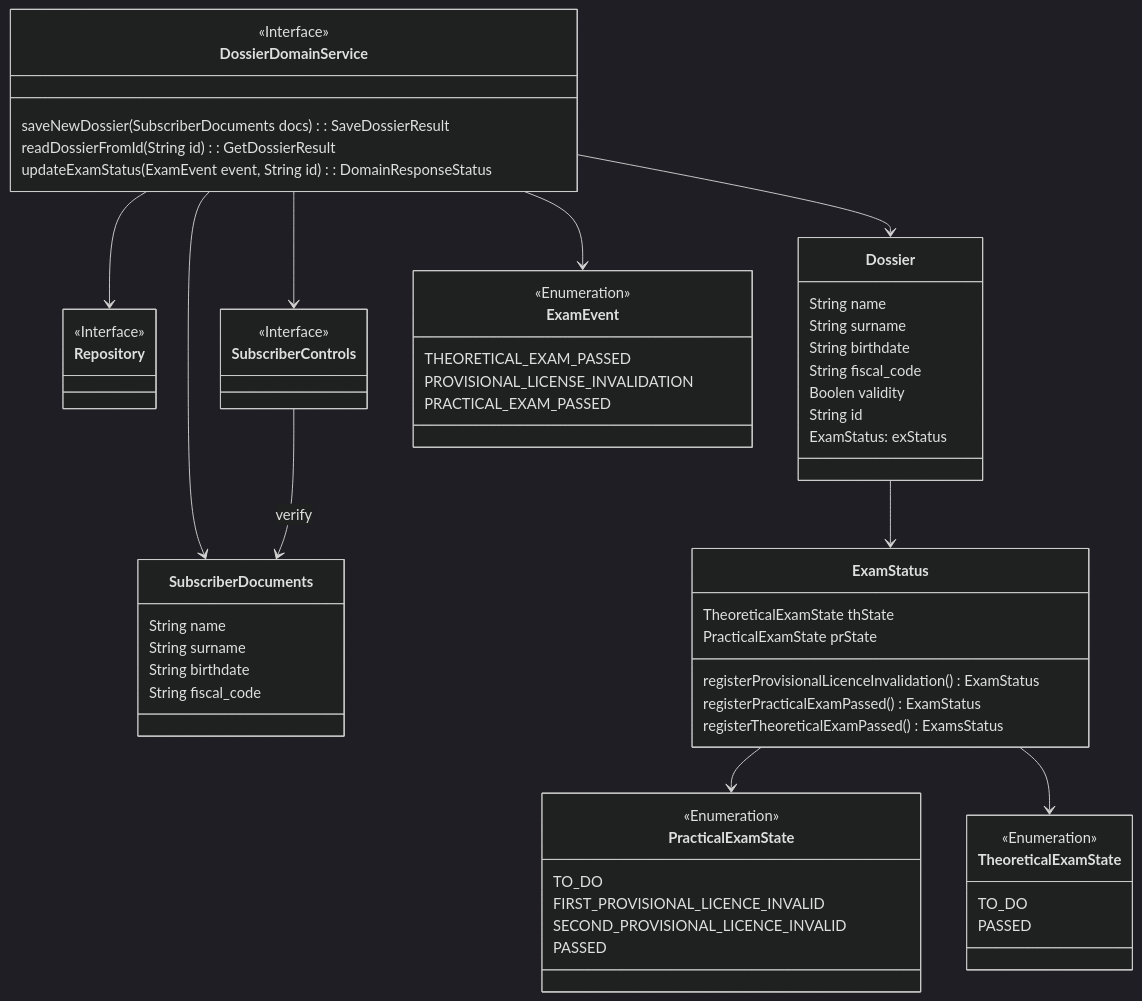
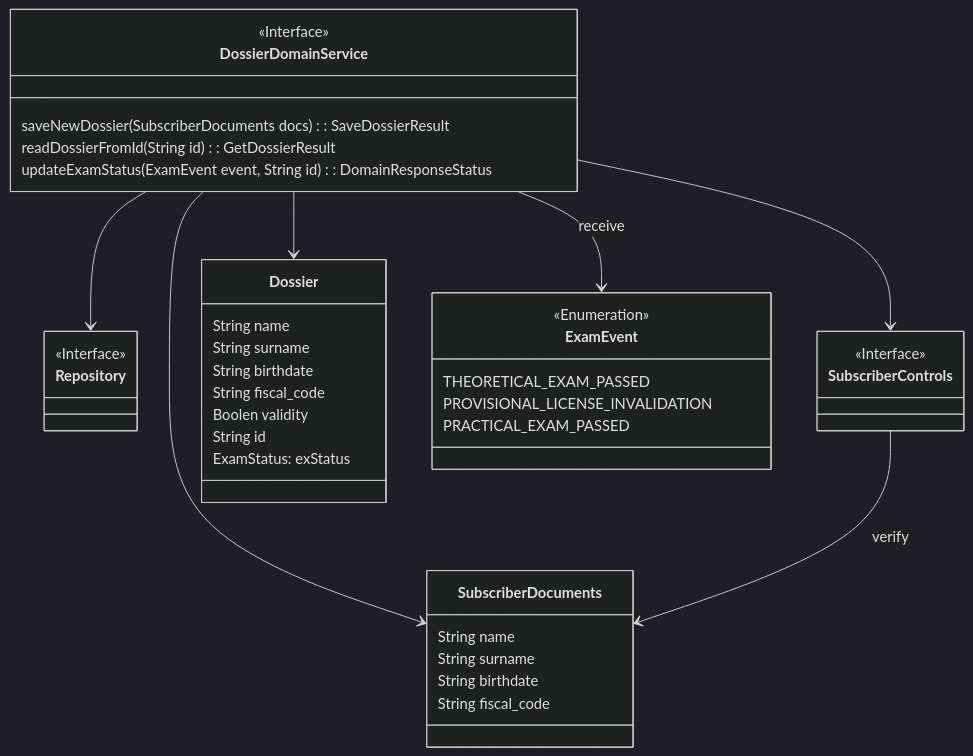
One commit to den-gr/Driving-School-Distributed-Management-Software changed the first of 2 diagrams in docs/report/TacticalDesign/DossierService.md. Above: the diagram before and after it, drawn with Mermaid (dark theme). The commit also changed 3 other files, not shown here.

Commit message:
docs: add missing class diagrams

````diff
--- a/docs/report/TacticalDesign/DossierService.md
+++ b/docs/report/TacticalDesign/DossierService.md
@@ -15,80 +17,52 @@
 ```mermaid
 classDiagram
 
 
 class DossierDomainService {
     <<Interface>>
     saveNewDossier(SubscriberDocuments docs): SaveDossierResult
     readDossierFromId(String id): GetDossierResult
     updateExamStatus(ExamEvent event, String id): DomainResponseStatus
 }
 
 class Repository 
 <<Interface>> Repository 
 
 class SubscriberControls 
 <<Interface>> SubscriberControls 
 
 DossierDomainService --> Repository
 DossierDomainService --> Dossier
-DossierDomainService --> ExamEvent
+DossierDomainService --> ExamEvent : receive
 DossierDomainService --> SubscriberDocuments
 DossierDomainService --> SubscriberControls 
 
 SubscriberControls --> SubscriberDocuments : verify
 
 class SubscriberDocuments{
     String name
     String surname
     String birthdate
     String fiscal_code
 
 }
 
 class Dossier{
     String name
     String surname
     String birthdate
     String fiscal_code
     Boolen validity
     String id
     ExamStatus: exStatus
 }
 class ExamEvent{
     <<Enumeration>>
     THEORETICAL_EXAM_PASSED
     PROVISIONAL_LICENSE_INVALIDATION
     PRACTICAL_EXAM_PASSED
 }
 
 
-Dossier --> ExamStatus
-class ExamStatus{
-    TheoreticalExamState  thState
-    PracticalExamState  prState
-    registerProvisionalLicenceInvalidation() ExamStatus
-    registerPracticalExamPassed() ExamStatus
-    registerTheoreticalExamPassed() ExamsStatus
-}
-
-ExamStatus --> PracticalExamState
-ExamStatus --> TheoreticalExamState
-
-
-
-class PracticalExamState {
-    <<Enumeration>>
-    TO_DO
-    FIRST_PROVISIONAL_LICENCE_INVALID
-    SECOND_PROVISIONAL_LICENCE_INVALID
-    PASSED
-}
-
-
-class TheoreticalExamState {
-    <<Enumeration>>
-    TO_DO
-    PASSED
-}
 
 ```
````
